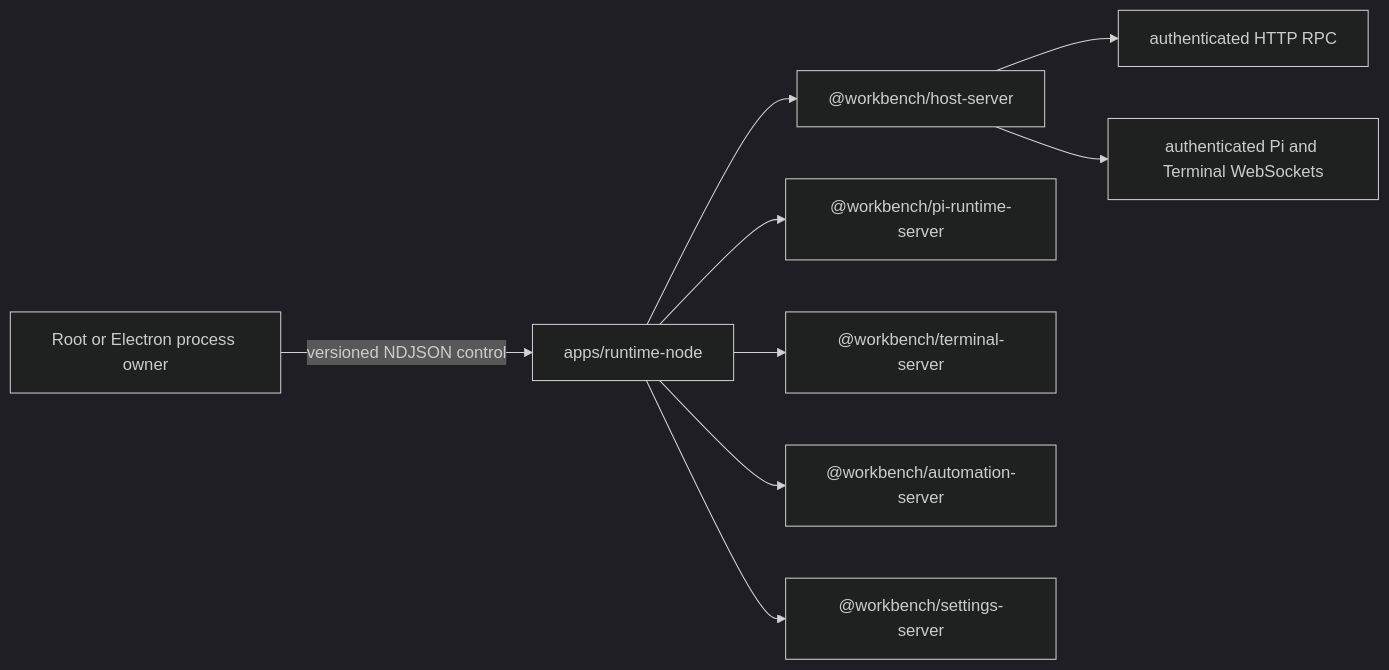
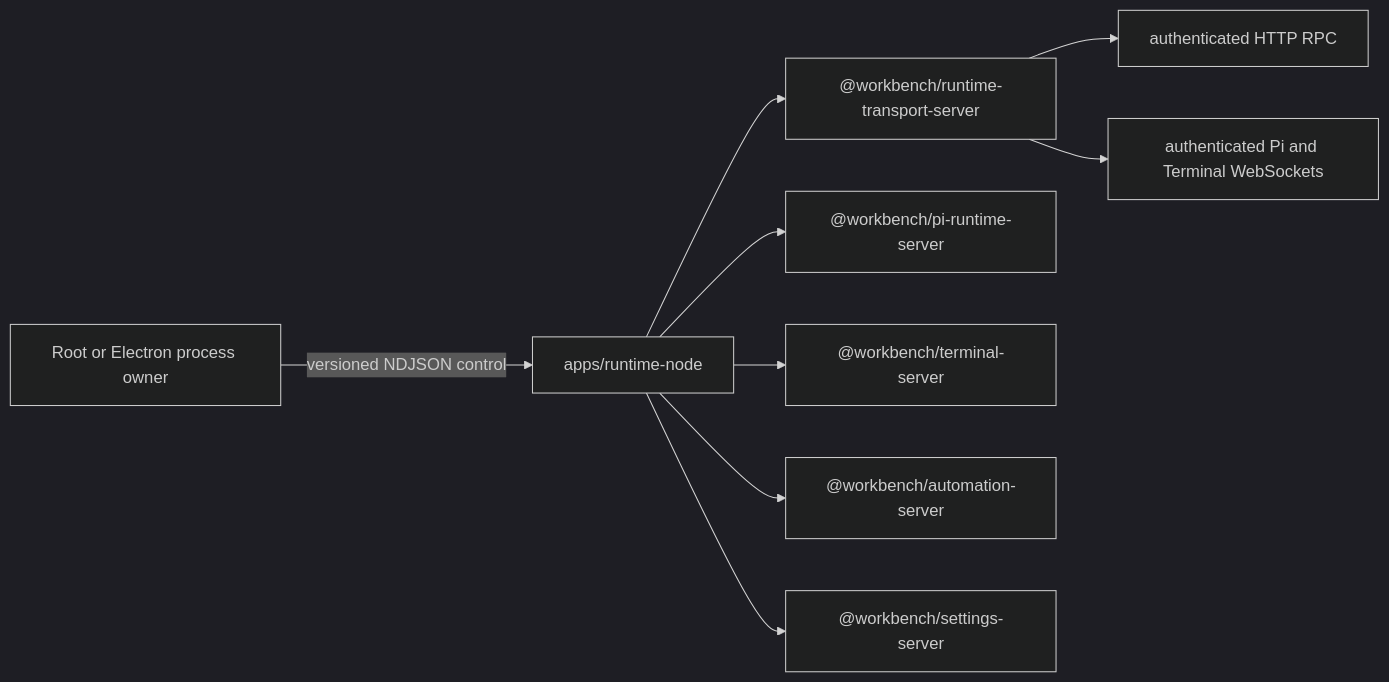
Before and after one commit to yyy0107/pi-workbench: the diagram in apps/runtime-node/README.md, drawn with Mermaid (dark theme). The commit also changed other lines of this file and 429 other files, not shown here.

````diff
--- a/apps/runtime-node/README.md
+++ b/apps/runtime-node/README.md
@@ -8,11 +8,11 @@
 ```mermaid
 flowchart LR
   OWNER["Root or Electron process owner"] -->|"versioned NDJSON control"| APP["apps/runtime-node"]
-  APP --> HOST["@workbench/host-server"]
+  APP --> HOST["@workbench/runtime-transport-server"]
   APP --> PI["@workbench/pi-runtime-server"]
   APP --> TERMINAL["@workbench/terminal-server"]
   APP --> AUTOMATION["@workbench/automation-server"]
   APP --> SETTINGS["@workbench/settings-server"]
   HOST --> HTTP["authenticated HTTP RPC"]
   HOST --> WS["authenticated Pi and Terminal WebSockets"]
 ```
````
